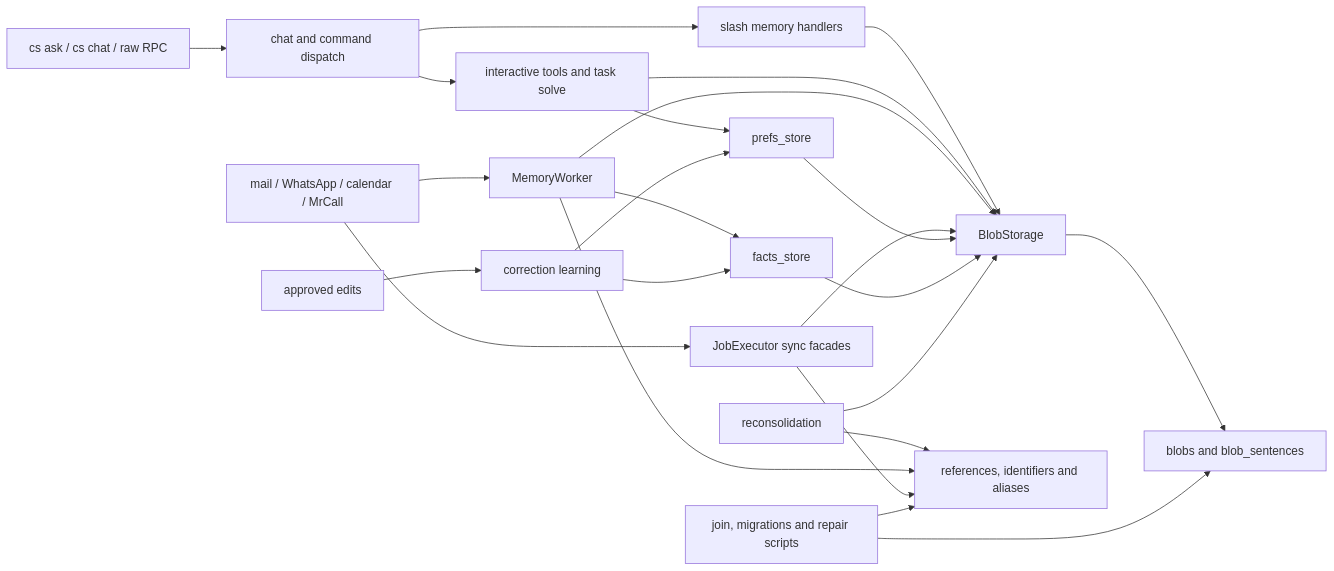
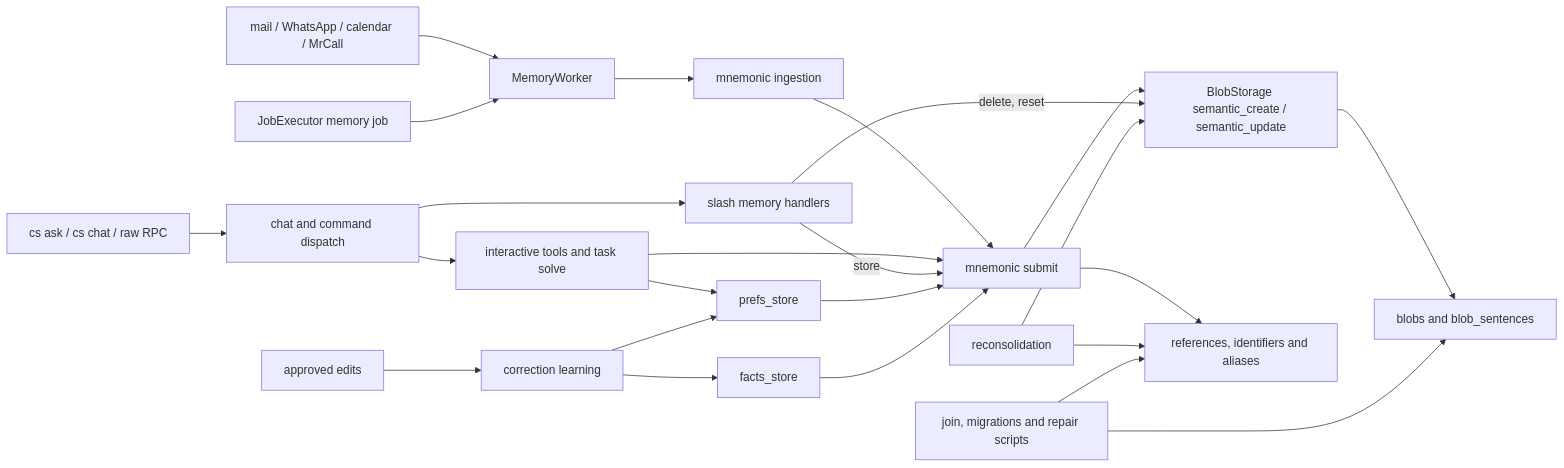
The diagram in engine/docs/features/mnemonic-writer-inventory.md (hahnbanach/mrcall-desktop), drawn with Mermaid before and after one commit. The commit also changed other lines of this file and 9 other files, not shown here.

````diff
--- a/engine/docs/features/mnemonic-writer-inventory.md
+++ b/engine/docs/features/mnemonic-writer-inventory.md
@@ -14,26 +14,26 @@
 ```mermaid
 flowchart LR
     K[cs ask / cs chat / raw RPC] --> C[chat and command dispatch]
     C --> I[interactive tools and task solve]
     C --> H[slash memory handlers]
     A[mail / WhatsApp / calendar / MrCall] --> W[MemoryWorker]
-    A --> J[JobExecutor sync facades]
+    J[JobExecutor memory job] --> W
     E[approved edits] --> L[correction learning]
     I --> P[prefs_store]
-    H --> B[BlobStorage]
-    I --> B
-    W --> F[facts_store]
-    W --> B
-    J --> B
     L --> P
-    L --> F
-    P --> B
-    F --> B
+    L --> F[facts_store]
+    W --> N[mnemonic ingestion]
+    N --> S[mnemonic submit]
+    I --> S
+    H -->|store| S
+    P --> S
+    F --> S
+    S --> B[BlobStorage semantic_create / semantic_update]
+    S --> X[references, identifiers and aliases]
+    H -->|delete, reset| B
     R[reconsolidation] --> B
-    R --> X[references, identifiers and aliases]
+    R --> X
     B --> T[blobs and blob_sentences]
-    W --> X
-    J --> X
     O[join, migrations and repair scripts] --> T
     O --> X
 ```
````
